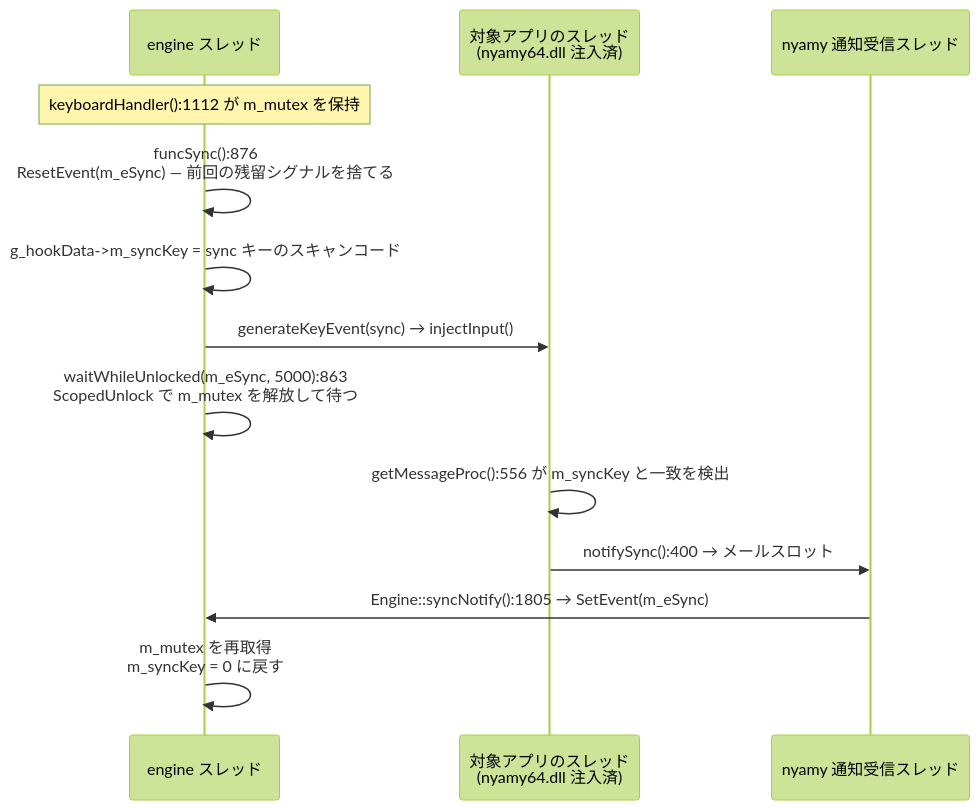
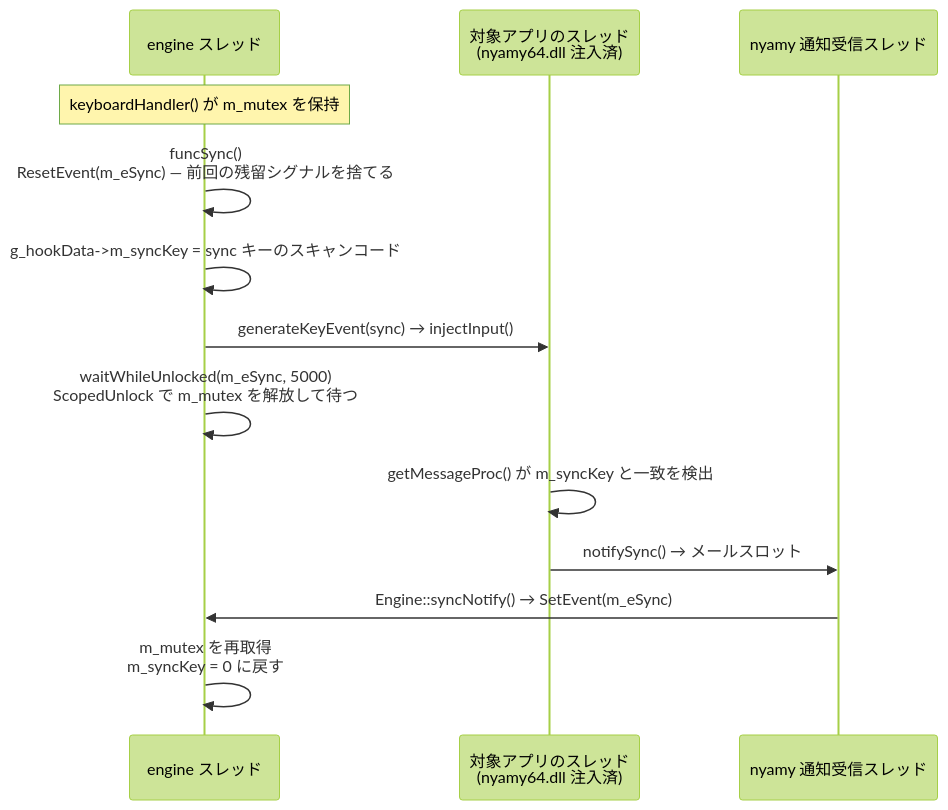
One commit to vmi/nyamy changed the sixth of 7 diagrams in doc/event-flow.md. Above: the diagram before and after it, drawn with Mermaid (forest theme). The commit also changed other lines of this file and 6 other files, not shown here.

````diff
--- a/doc/event-flow.md
+++ b/doc/event-flow.md
@@ -370,16 +370,16 @@
 ```mermaid
 sequenceDiagram
     participant eng as engine スレッド
     participant app as 対象アプリのスレッド<br/>(nyamy64.dll 注入済)
     participant rd as nyamy 通知受信スレッド
 
-    Note over eng: keyboardHandler():1112 が m_mutex を保持
-    eng->>eng: funcSync():876<br/>ResetEvent(m_eSync) — 前回の残留シグナルを捨てる
+    Note over eng: keyboardHandler() が m_mutex を保持
+    eng->>eng: funcSync()<br/>ResetEvent(m_eSync) — 前回の残留シグナルを捨てる
     eng->>eng: g_hookData->m_syncKey = sync キーのスキャンコード
     eng->>app: generateKeyEvent(sync) → injectInput()
-    eng->>eng: waitWhileUnlocked(m_eSync, 5000):863<br/>ScopedUnlock で m_mutex を解放して待つ
-    app->>app: getMessageProc():556 が m_syncKey と一致を検出
-    app->>rd: notifySync():400 → メールスロット
-    rd->>eng: Engine::syncNotify():1805 → SetEvent(m_eSync)
+    eng->>eng: waitWhileUnlocked(m_eSync, 5000)<br/>ScopedUnlock で m_mutex を解放して待つ
+    app->>app: getMessageProc() が m_syncKey と一致を検出
+    app->>rd: notifySync() → メールスロット
+    rd->>eng: Engine::syncNotify() → SetEvent(m_eSync)
     eng->>eng: m_mutex を再取得<br/>m_syncKey = 0 に戻す
 ```
````
